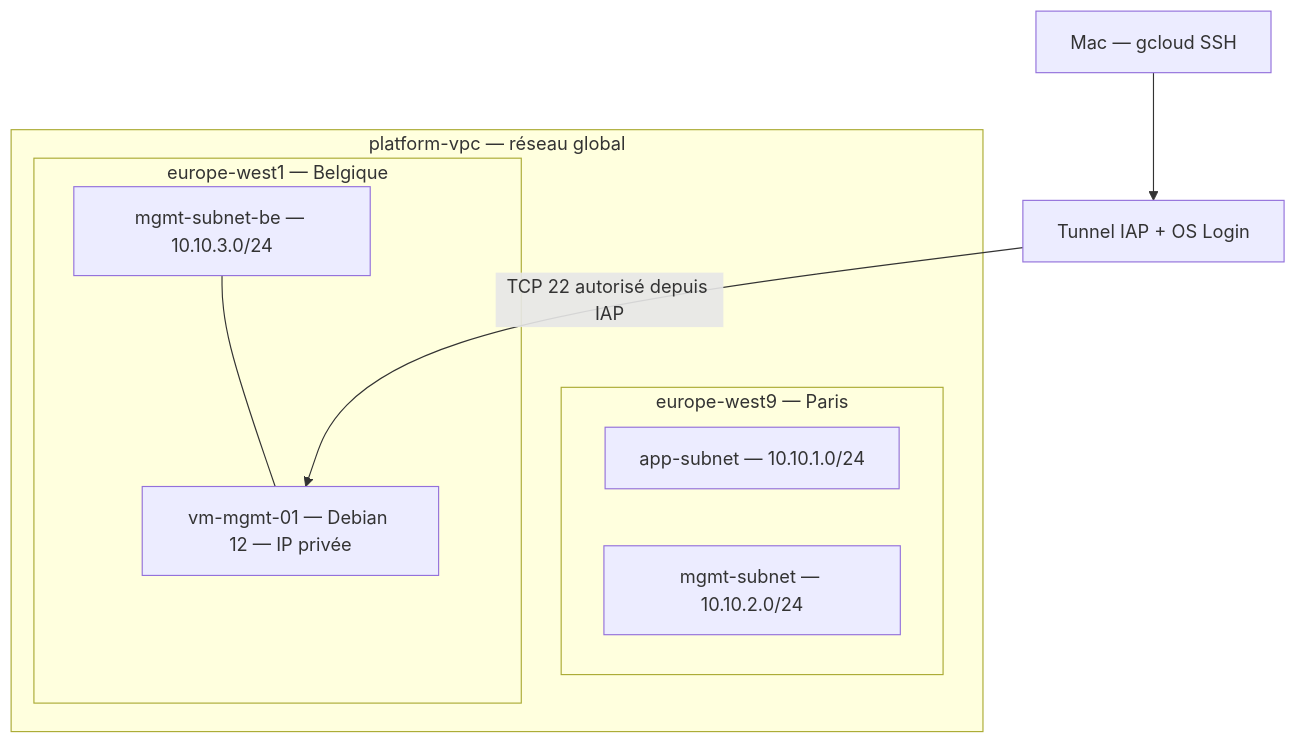
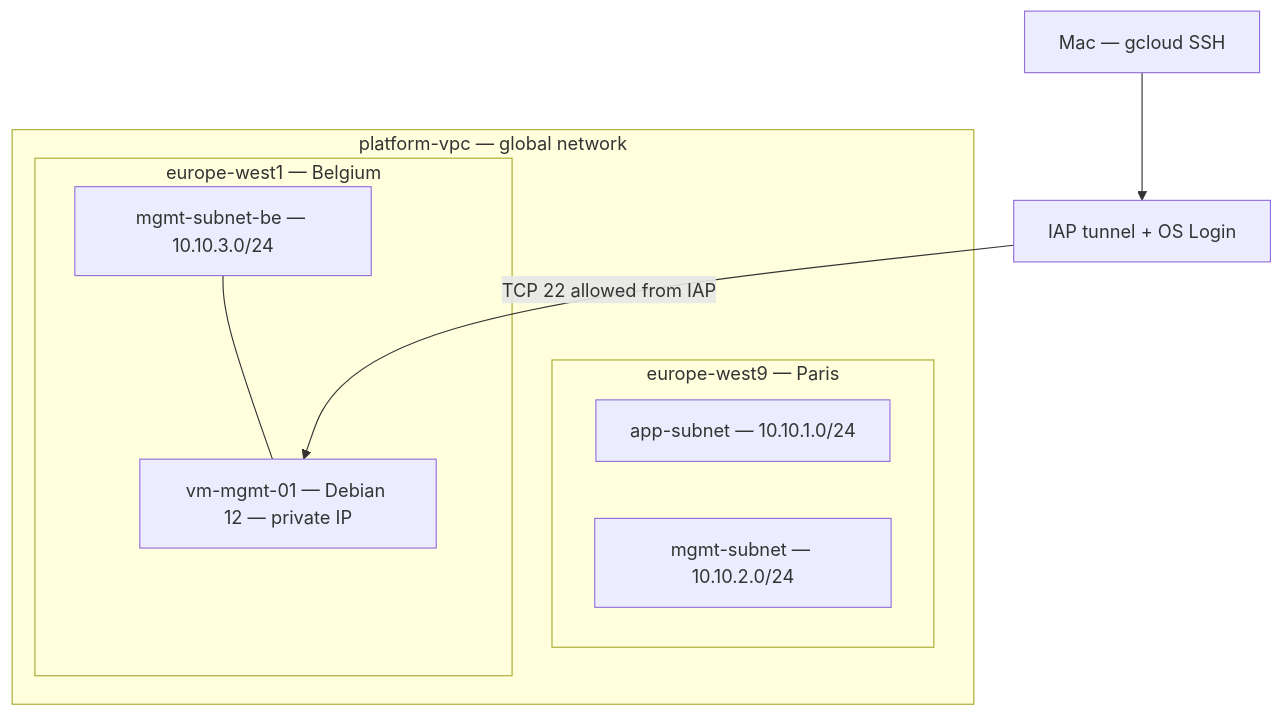
One commit to chmod777/cloud-platform-engineering changed the diagram in docs/lab-01-gcp-foundations.md. Above: the diagram before and after it, drawn with Mermaid. The commit also changed other lines of this file and 4 other files, not shown here.

````diff
--- a/docs/lab-01-gcp-foundations.md
+++ b/docs/lab-01-gcp-foundations.md
@@ -18,16 +19,16 @@
 ```mermaid
 flowchart TD
-    Mac[Mac — gcloud SSH] --> IAP[Tunnel IAP + OS Login]
-    subgraph VPC[platform-vpc — réseau global]
+    Mac[Mac — gcloud SSH] --> IAP[IAP tunnel + OS Login]
+    subgraph VPC[platform-vpc — global network]
         subgraph Paris[europe-west9 — Paris]
             App[app-subnet — 10.10.1.0/24]
             Mgmt[mgmt-subnet — 10.10.2.0/24]
         end
-        subgraph Belgique[europe-west1 — Belgique]
+        subgraph Belgium[europe-west1 — Belgium]
             BE[mgmt-subnet-be — 10.10.3.0/24]
-            VM[vm-mgmt-01 — Debian 12 — IP privée]
+            VM[vm-mgmt-01 — Debian 12 — private IP]
             BE --- VM
         end
     end
-    IAP -->|TCP 22 autorisé depuis IAP| VM
+    IAP -->|TCP 22 allowed from IAP| VM
 ```
````
